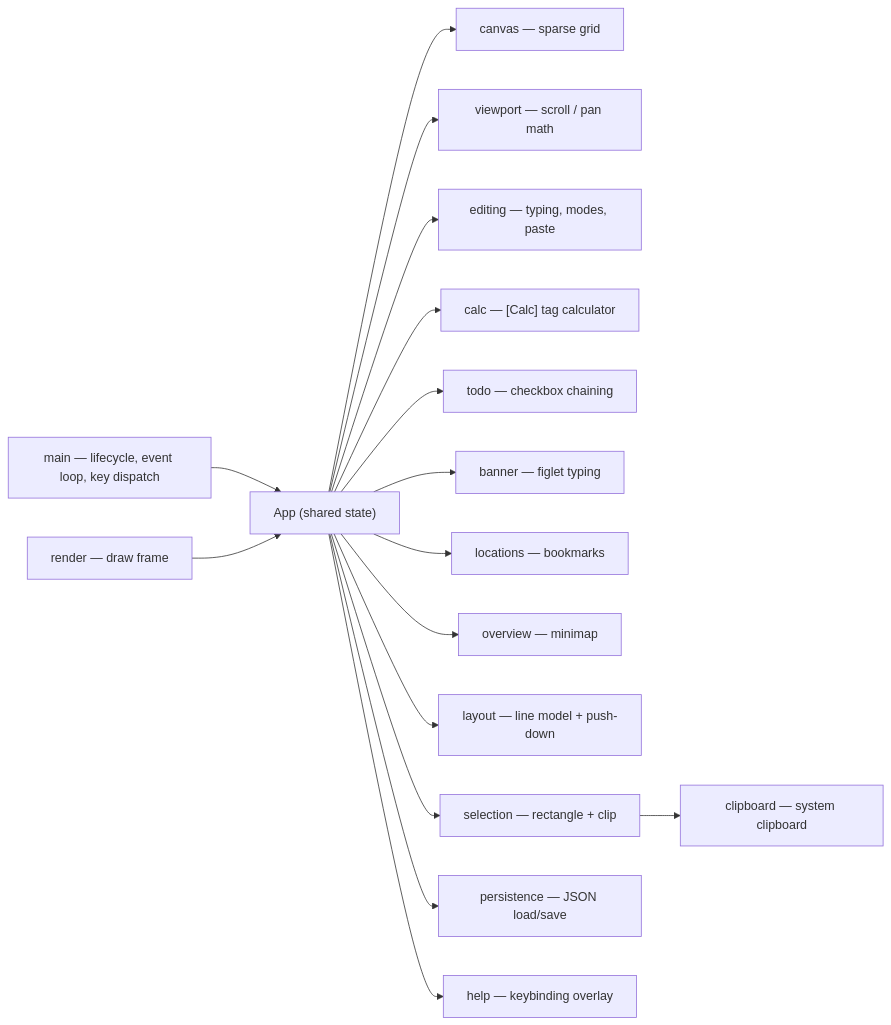
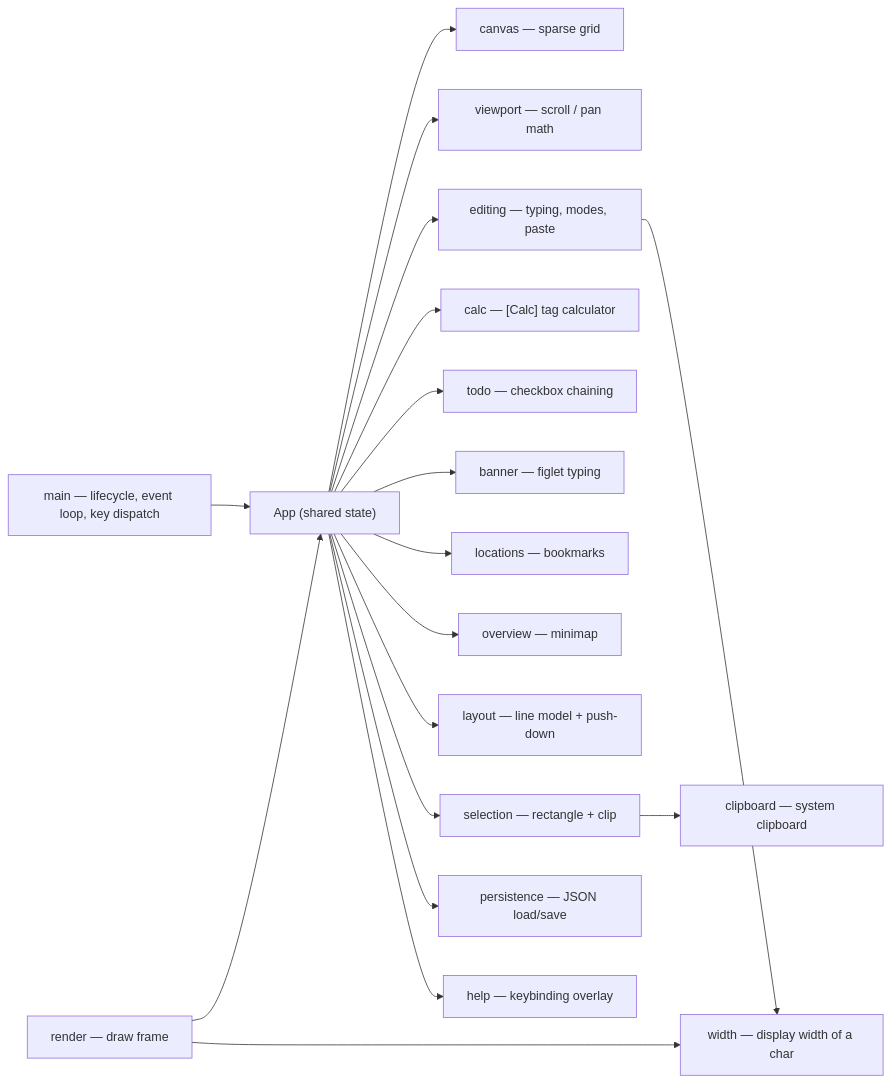
One commit to epatel/terminal_pad changed the diagram in README.md. Above: the diagram before and after it, drawn with Mermaid. The commit also changed 10 other files, not shown here.

````diff
--- a/README.md
+++ b/README.md
@@ -180,18 +180,20 @@
 ```mermaid
 flowchart LR
   main["main — lifecycle, event loop, key dispatch"] --> app["App (shared state)"]
   app --> canvas["canvas — sparse grid"]
   app --> viewport["viewport — scroll / pan math"]
   app --> editing["editing — typing, modes, paste"]
   app --> calc["calc — [Calc] tag calculator"]
   app --> todo["todo — checkbox chaining"]
   app --> banner["banner — figlet typing"]
   app --> locations["locations — bookmarks"]
   app --> overview["overview — minimap"]
   app --> layout["layout — line model + push-down"]
   app --> selection["selection — rectangle + clip"]
   app --> persistence["persistence — JSON load/save"]
   app --> help["help — keybinding overlay"]
   selection --> clipboard["clipboard — system clipboard"]
   render["render — draw frame"] --> app
+  editing --> width["width — display width of a char"]
+  render --> width
 ```
````
